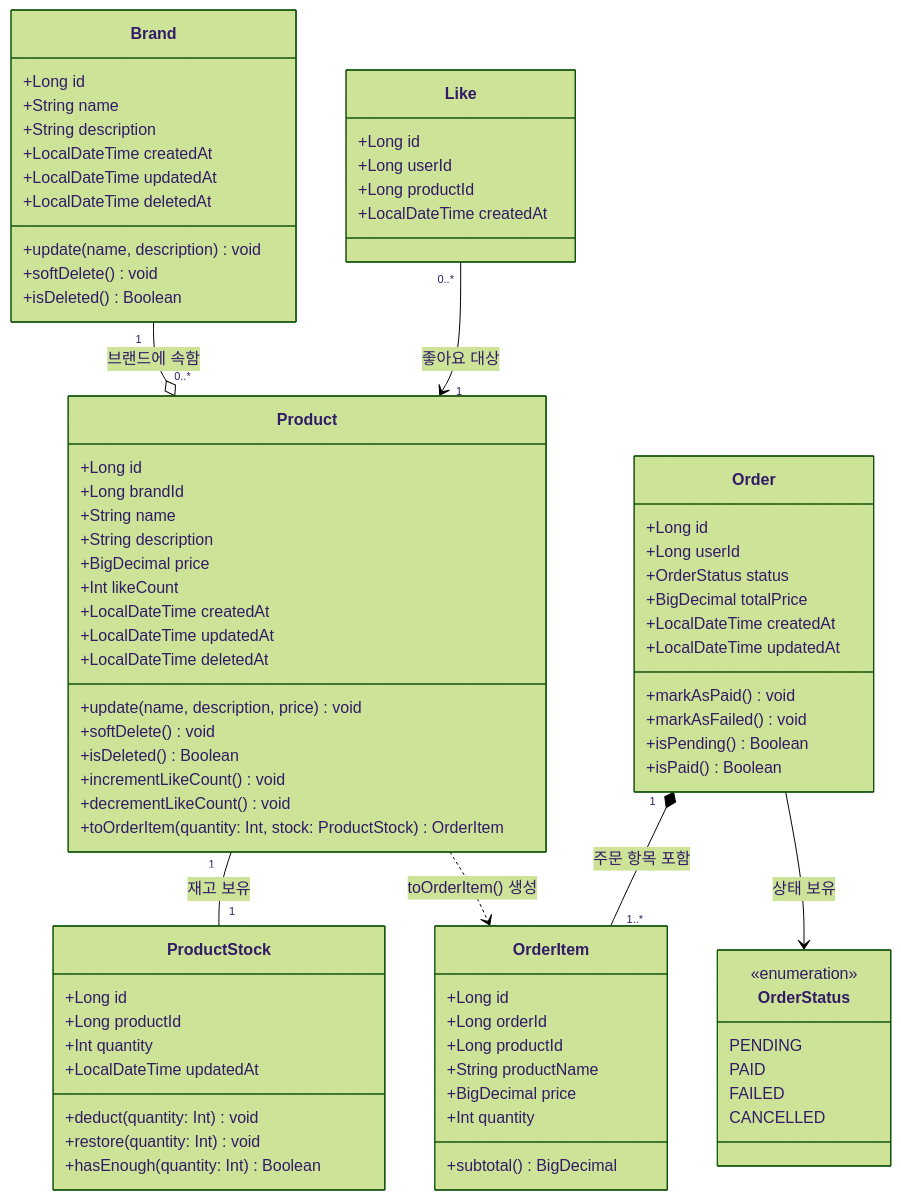
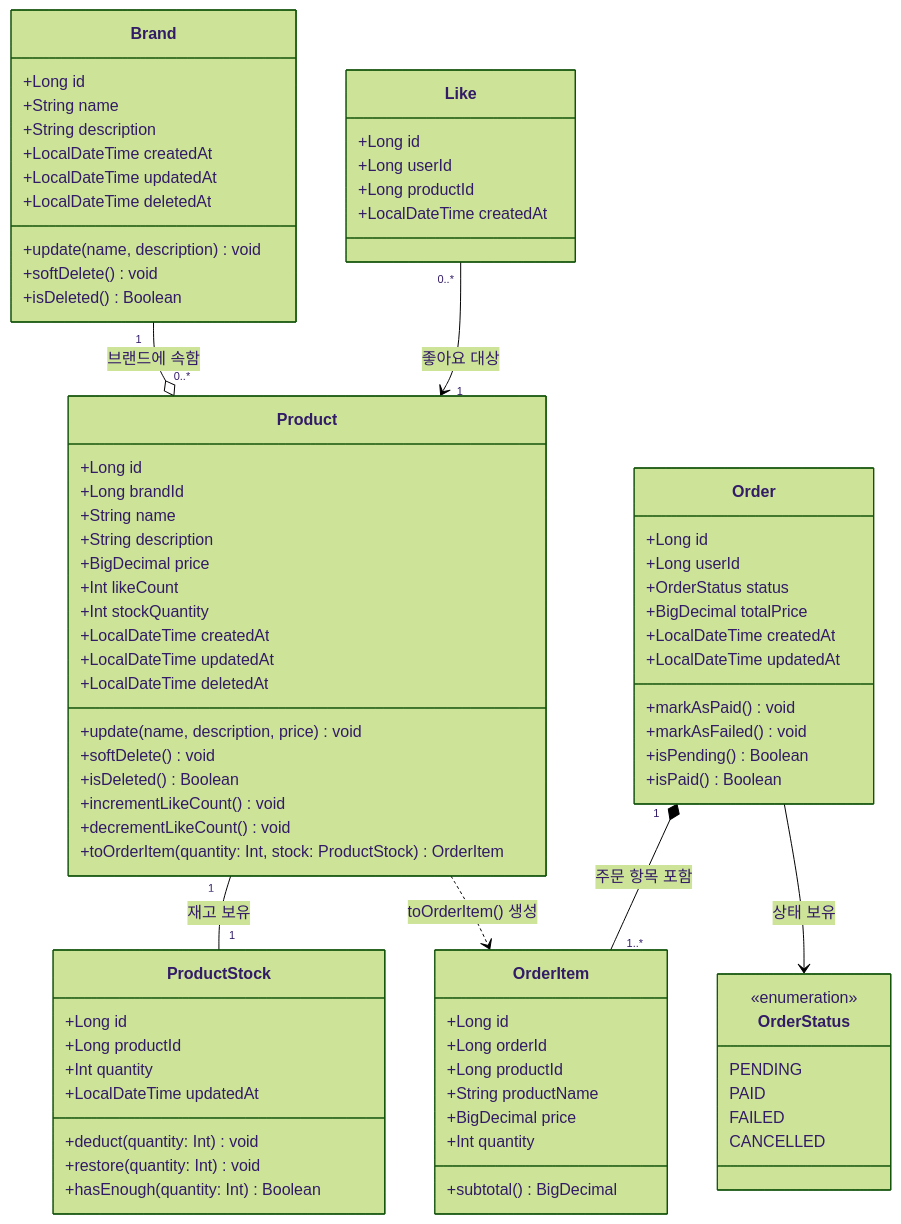
Before and after one commit to yeonjoo7/loop-pack-be-l2-vol4-kotlin: the diagram in docs/week2/03-class-diagram.md, drawn with Mermaid (forest theme). The commit also changed 1 other file, not shown here.

Commit message:
docs: add stock_quantity to products as read cache
목록 조회 전용 비정규화 컬럼으로 product_stocks와 역할 분리
- products.stock_quantity: 목록 조회 캐시 (JOIN 없이 빠른 읽기)
- product_stocks.quantity: 원본 (상세 조회, 주문 검증/차감)
AFTER_COMMIT 이벤트로 product_stocks 변경 후 동기화

https://claude.ai/code/session_019WBWjefkgawTKtp8sDjSwL

```diff
--- a/docs/week2/03-class-diagram.md
+++ b/docs/week2/03-class-diagram.md
@@ -35,6 +35,7 @@
         +String description
         +BigDecimal price
         +Int likeCount
+        +Int stockQuantity
         +LocalDateTime createdAt
         +LocalDateTime updatedAt
         +LocalDateTime deletedAt
```
